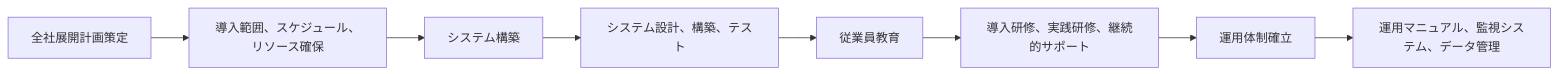
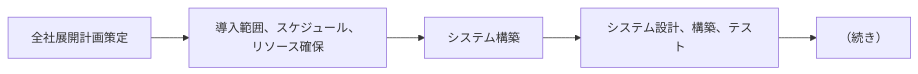
Before and after one commit to SparklingDetergent/doc_genai_How_to_evaluate_the_cost-effectiveness_of_using_generative_AI_for_business_purposes: the tenth of 21 diagrams in README.md, drawn with Mermaid. The commit also changed other lines of this file, not shown here.

````diff
--- a/README.md
+++ b/README.md
@@ -296,10 +296,7 @@
 ```mermaid
 graph LR
     A[全社展開計画策定] --> B[導入範囲、スケジュール、リソース確保]
     B --> C[システム構築]
     C --> D[システム設計、構築、テスト]
-    D --> E[従業員教育]
-    E --> F[導入研修、実践研修、継続的サポート]
-    F --> G[運用体制確立]
-    G --> H[運用マニュアル、監視システム、データ管理]
+    D --> E[（続き）]
 ```
````
